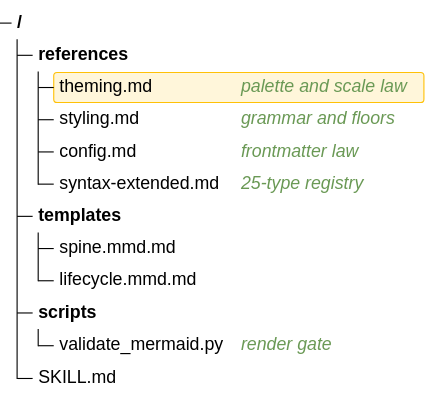
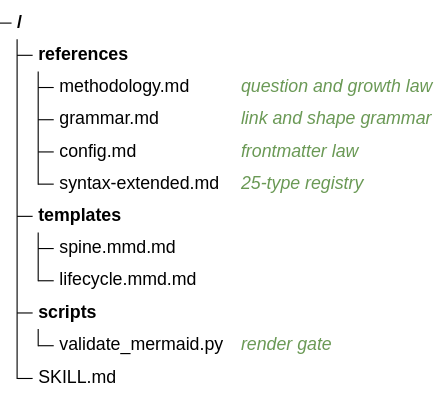
One commit to bsamiee/Rasm changed diagram 18 of 25 in .claude/skills/mermaid-diagramming/references/syntax-extended.md. Above: the diagram before and after it, drawn with Mermaid. The commit also changed other lines of this file and 28 other files, not shown here.

Commit message:
skills(docgen+mermaid): payload-only diagram law — docgen gate/fixer strips fence styling; mermaid bundle sheds the styling canon, theming survives as one opt-in reference

````diff
--- a/.claude/skills/mermaid-diagramming/references/syntax-extended.md
+++ b/.claude/skills/mermaid-diagramming/references/syntax-extended.md
@@ -982,38 +548,22 @@
 ```mermaid
 ---
 config:
-  theme: base
-  look: classic
   treeView:
     rowIndent: 14
     paddingY: 6
-    labelFontSize: "13px"
-    labelColor: "#F8F8F2"
-    lineColor: "#6272A4"
-    descriptionColor: "#8BE9FD"
-    highlightBg: "#BD93F933"
-    highlightStroke: "#BD93F9"
-    iconColor: "#6272A4"
-  themeVariables:
-    darkMode: true
-    fontFamily: "SF Mono, Menlo, Cascadia Mono, Segoe UI Mono, Consolas, monospace"
-    useGradient: false
-    dropShadow: "none"
-    textColor: "#F8F8F2"
-  themeCSS: ".treeView-node-description{fill:#8BE9FD}.treeView-highlight-bg{fill:#FFD86626;stroke:#FFD866}.treeView-node-line{stroke:#6272A4}"
 ---
 treeView-beta
 accTitle: Skill tree
-accDescr: The diagram skill folder with its law owners annotated and the theming law highlighted.
+accDescr: The diagram skill folder with its law owners annotated.
 ├── references/
-│   ├── theming.md :::highlight ## palette and scale law
-│   ├── styling.md ## grammar and floors
+│   ├── methodology.md ## question and growth law
+│   ├── grammar.md ## link and shape grammar
 │   ├── config.md ## frontmatter law
 │   └── syntax-extended.md ## 25-type registry
 ├── templates/
 │   ├── spine.mmd.md
 │   └── lifecycle.mmd.md
 ├── scripts/
 │   └── validate_mermaid.py ## render gate
 └── SKILL.md
 ```
````
